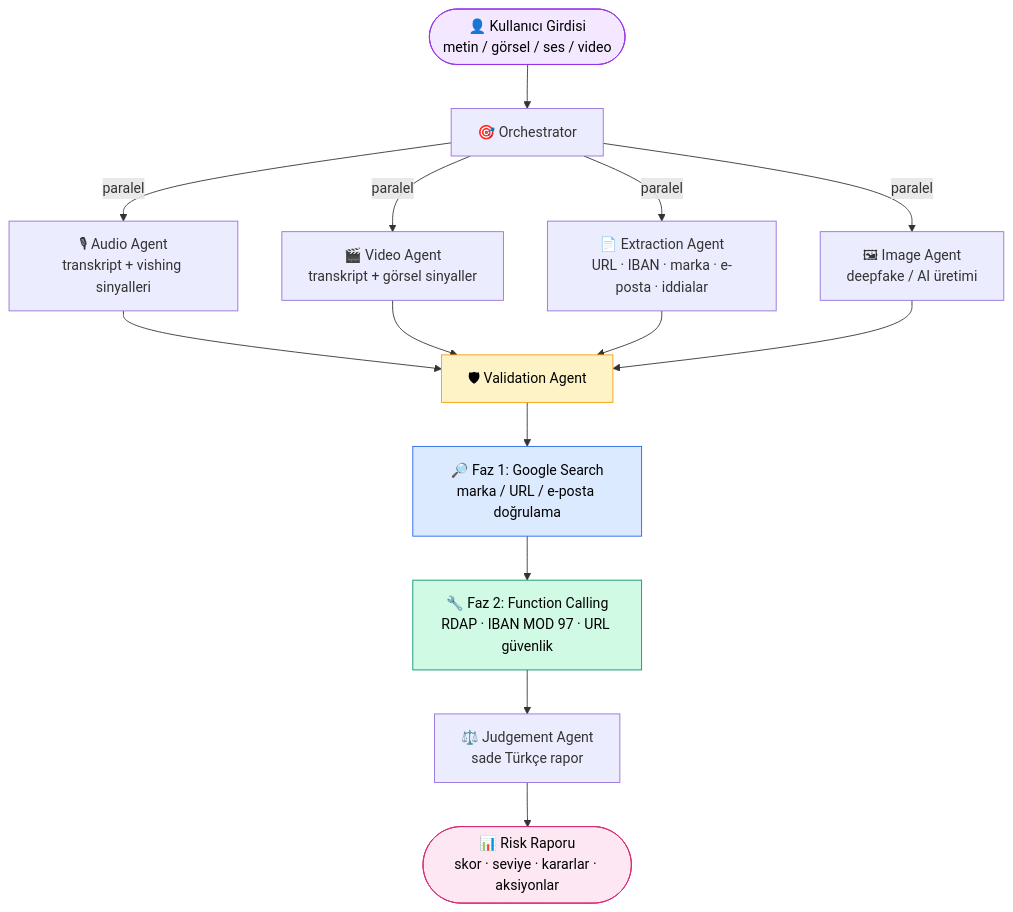
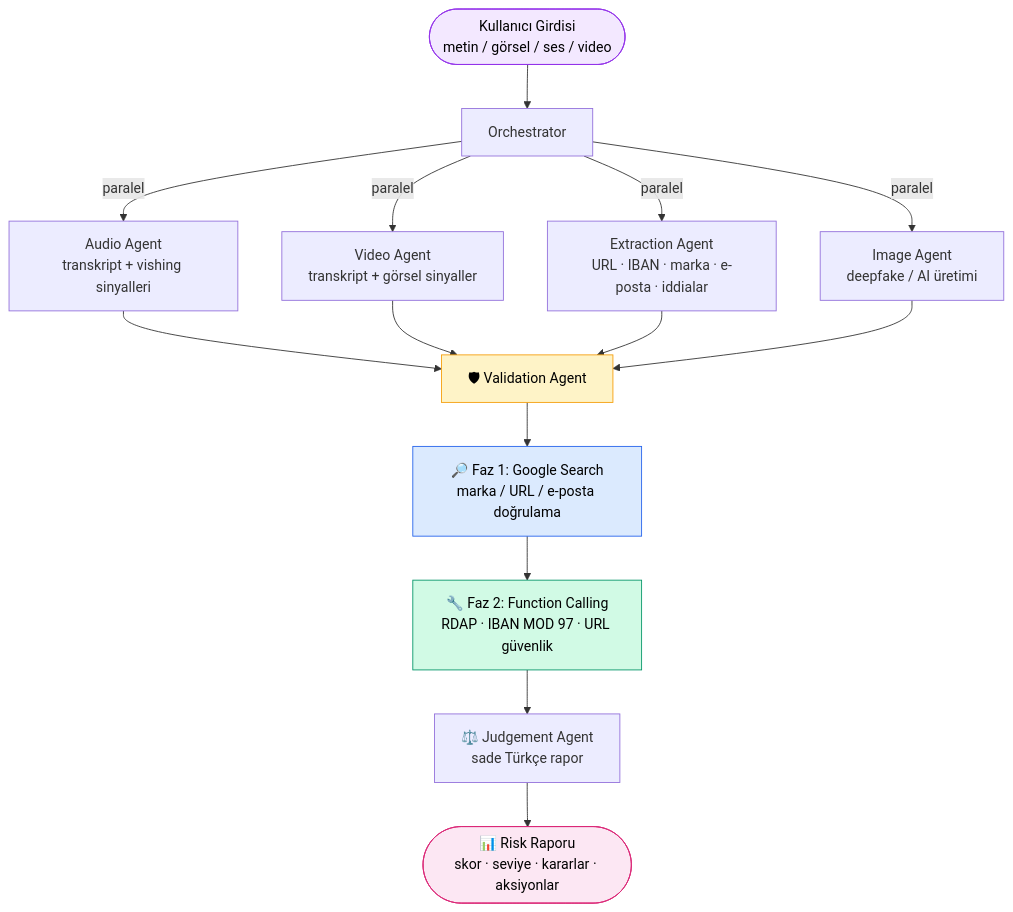
One commit to ArdaAyd/suphe-kalkani changed the diagram in README.md. Above: the diagram before and after it, drawn with Mermaid. The commit also changed other lines of this file and 7 other files, not shown here.

````diff
--- a/README.md
+++ b/README.md
@@ -56,28 +58,28 @@
 ```mermaid
 flowchart TD
-    Input(["👤 Kullanıcı Girdisi<br/>metin / görsel / ses / video"])
-    Input --> Orch["🎯 Orchestrator"]
+    Input(["Kullanıcı Girdisi<br/>metin / görsel / ses / video"])
+    Input --> Orch["Orchestrator"]
 
-    Orch -->|paralel| Audio["🎙 Audio Agent<br/>transkript + vishing sinyalleri"]
-    Orch -->|paralel| Video["🎬 Video Agent<br/>transkript + görsel sinyaller"]
-    Orch -->|paralel| Ext["📄 Extraction Agent<br/>URL · IBAN · marka · e-posta · iddialar"]
-    Orch -->|paralel| Img["🖼 Image Agent<br/>deepfake / AI üretimi"]
+    Orch -->|paralel| Audio["Audio Agent<br/>transkript + vishing sinyalleri"]
+    Orch -->|paralel| Video["Video Agent<br/>transkript + görsel sinyaller"]
+    Orch -->|paralel| Ext["Extraction Agent<br/>URL · IBAN · marka · e-posta · iddialar"]
+    Orch -->|paralel| Img["Image Agent<br/>deepfake / AI üretimi"]
 
     Audio --> Val
     Video --> Val
     Ext --> Val
     Img --> Val
 
     Val["🛡 Validation Agent"]
     Val --> P1["🔎 Faz 1: Google Search<br/>marka / URL / e-posta doğrulama"]
     P1 --> P2["🔧 Faz 2: Function Calling<br/>RDAP · IBAN MOD 97 · URL güvenlik"]
     P2 --> Judge["⚖️ Judgement Agent<br/>sade Türkçe rapor"]
 
     Judge --> Out(["📊 Risk Raporu<br/>skor · seviye · kararlar · aksiyonlar"])
 
     style Input fill:#f3e8ff,stroke:#9333ea,color:#000
     style Val fill:#fef3c7,stroke:#f59e0b,color:#000
     style P1 fill:#dbeafe,stroke:#2563eb,color:#000
     style P2 fill:#d1fae5,stroke:#059669,color:#000
     style Out fill:#fce7f3,stroke:#db2777,color:#000
 ```
````
